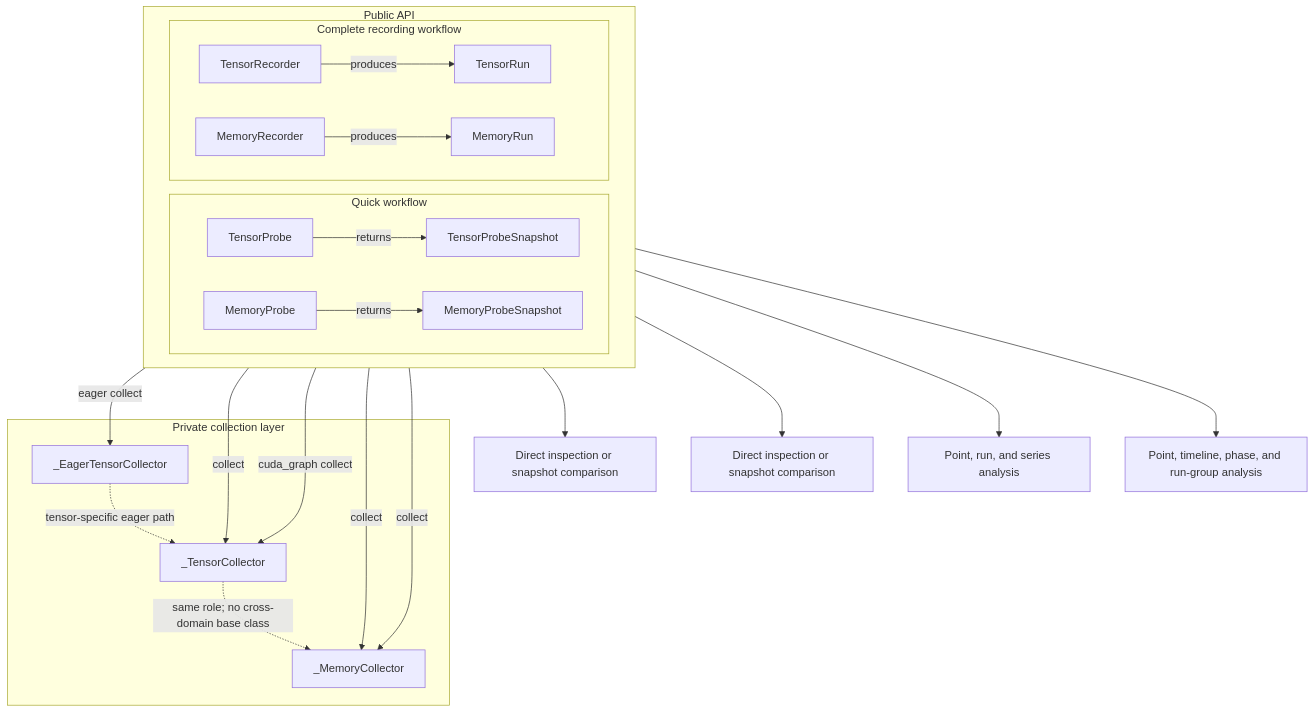
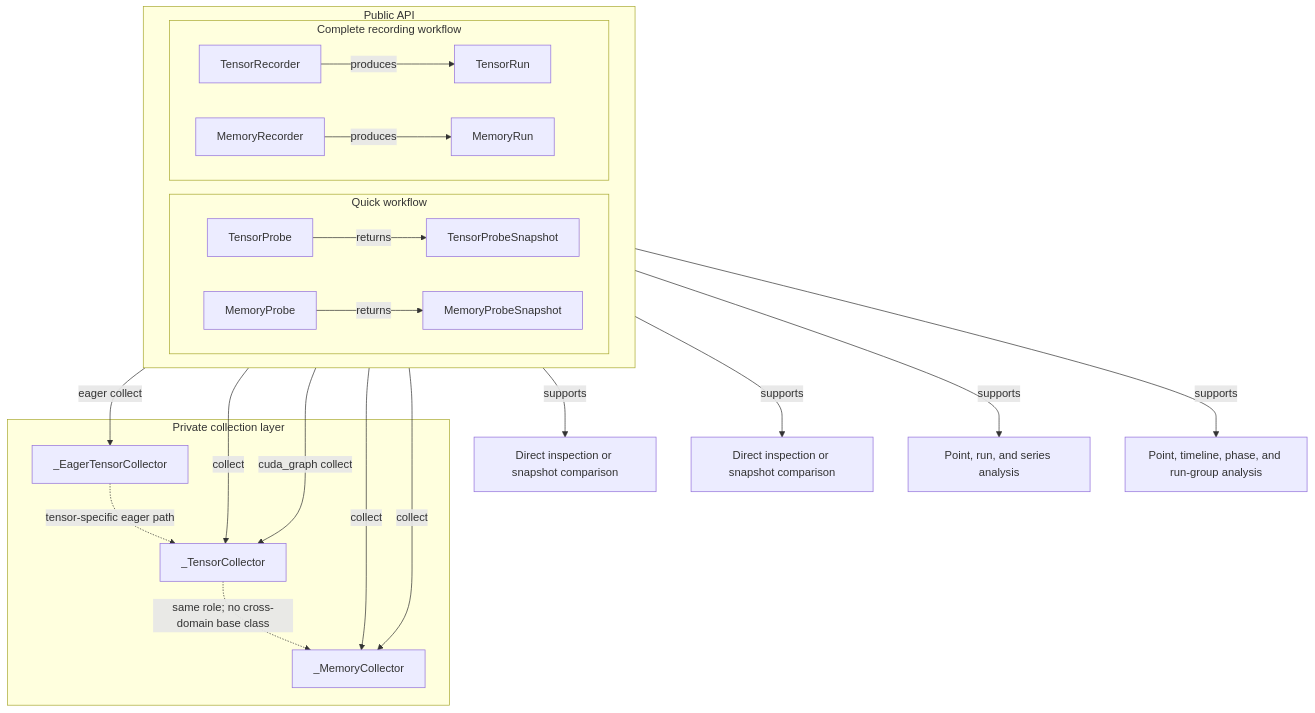
Before and after one commit to buptzyb/torch-cudagraph-debug: the first of 3 diagrams in docs/architecture.md, drawn with Mermaid. The commit also changed other lines of this file and 11 other files, not shown here.

````diff
--- a/docs/architecture.md
+++ b/docs/architecture.md
@@ -23,45 +23,45 @@
 ```mermaid
 flowchart TB
     subgraph PublicAPI["Public API"]
         direction LR
 
         subgraph QuickWorkflow["Quick workflow"]
             TP["TensorProbe"]
             MP["MemoryProbe"]
             TPS["TensorProbeSnapshot"]
             MPS["MemoryProbeSnapshot"]
         end
 
         subgraph RecordingWorkflow["Complete recording workflow"]
             TR["TensorRecorder"]
             MR["MemoryRecorder"]
             TRun["TensorRun"]
             MRun["MemoryRun"]
         end
     end
 
     subgraph CollectionLayer["Private collection layer"]
         TC["_TensorCollector"]
         ETC["_EagerTensorCollector"]
         MC["_MemoryCollector"]
     end
 
     TP -->|collect| TC
     TR -->|cuda_graph collect| TC
     TR -->|eager collect| ETC
     TP -->|returns| TPS
     TR -->|produces| TRun
 
     MP -->|collect| MC
     MR -->|collect| MC
     MP -->|returns| MPS
     MR -->|produces| MRun
 
-    TPS --> TI["Direct inspection or snapshot comparison"]
-    MPS --> MI["Direct inspection or snapshot comparison"]
-    TRun --> TA["Point, run, and series analysis"]
-    MRun --> MA["Point, timeline, phase, and run-group analysis"]
+    TPS -->|supports| TI["Direct inspection or snapshot comparison"]
+    MPS -->|supports| MI["Direct inspection or snapshot comparison"]
+    TRun -->|supports| TA["Point, run, and series analysis"]
+    MRun -->|supports| MA["Point, timeline, phase, and run-group analysis"]
 
     TC -. "same role; no cross-domain base class" .-> MC
     ETC -. "tensor-specific eager path" .-> TC
 ```
````
